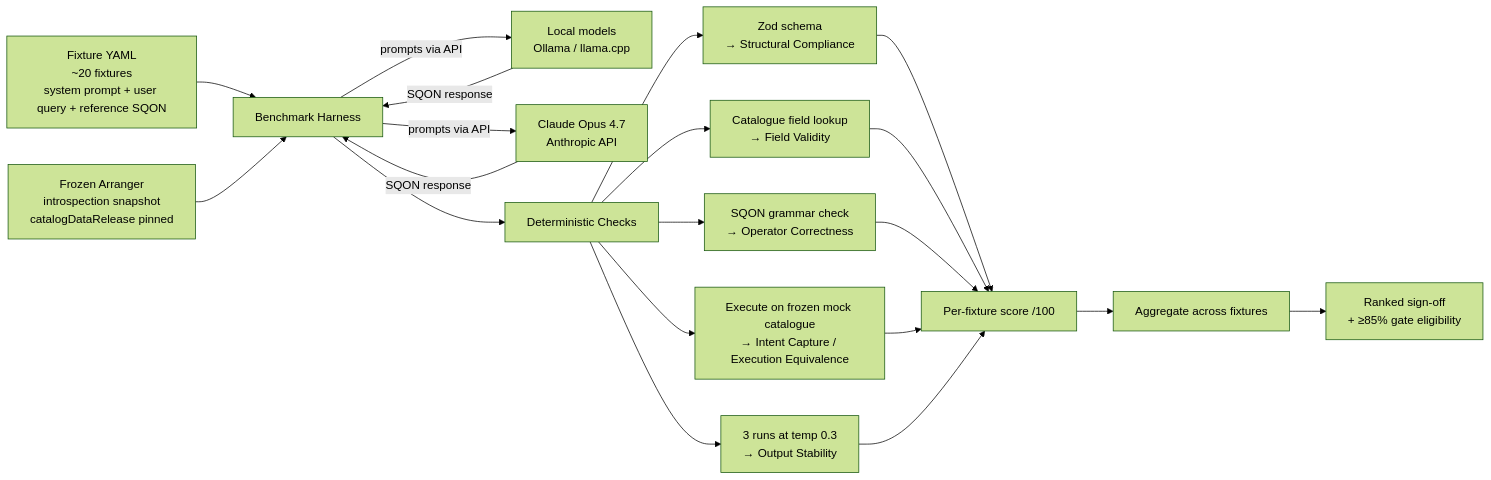
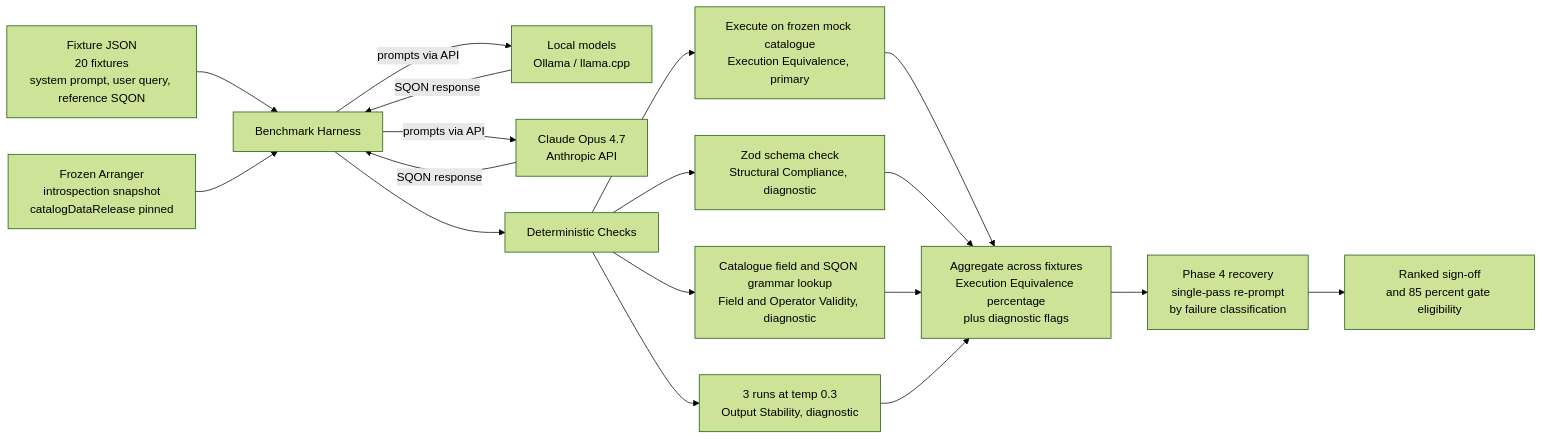
The diagram in docs/developer/04-Model-Selection.md (overture-stack/prelude), drawn with Mermaid (forest theme) before and after one commit. The commit also changed other lines of this file and 2 other files, not shown here.

Commit message:
updated eval plan + model selection TODO update regression and user testing, add introspection reference

````diff
--- a/docs/developer/04-Model-Selection.md
+++ b/docs/developer/04-Model-Selection.md
@@ -186,22 +132,20 @@
 ```mermaid
 flowchart LR
-    A[Fixture YAML<br/>~20 fixtures<br/>system prompt + user query + reference SQON] --> H[Benchmark Harness]
+    A[Fixture JSON<br/>20 fixtures<br/>system prompt, user query, reference SQON] --> H[Benchmark Harness]
     B[Frozen Arranger<br/>introspection snapshot<br/>catalogDataRelease pinned] --> H
     H -->|prompts via API| M1[Local models<br/>Ollama / llama.cpp]
     H -->|prompts via API| M2[Claude Opus 4.7<br/>Anthropic API]
     M1 -->|SQON response| H
     M2 -->|SQON response| H
     H --> C[Deterministic Checks]
-    C --> C1[Zod schema<br/>→ Structural Compliance]
-    C --> C2[Catalogue field lookup<br/>→ Field Validity]
-    C --> C3[SQON grammar check<br/>→ Operator Correctness]
-    C --> C4[Execute on frozen mock catalogue<br/>→ Intent Capture / Execution Equivalence]
-    C --> C5[3 runs at temp 0.3<br/>→ Output Stability]
-    C1 --> S[Per-fixture score /100]
-    C2 --> S
-    C3 --> S
-    C4 --> S
-    C5 --> S
-    S --> AGG[Aggregate across fixtures]
-    AGG --> R[Ranked sign-off<br/>+ ≥85% gate eligibility]
+    C --> C1[Execute on frozen mock catalogue<br/>Execution Equivalence, primary]
+    C --> C2[Zod schema check<br/>Structural Compliance, diagnostic]
+    C --> C3[Catalogue field and SQON grammar lookup<br/>Field and Operator Validity, diagnostic]
+    C --> C4[3 runs at temp 0.3<br/>Output Stability, diagnostic]
+    C1 --> AGG[Aggregate across fixtures<br/>Execution Equivalence percentage<br/>plus diagnostic flags]
+    C2 --> AGG
+    C3 --> AGG
+    C4 --> AGG
+    AGG --> P4[Phase 4 recovery<br/>single-pass re-prompt<br/>by failure classification]
+    P4 --> R[Ranked sign-off<br/>and 85 percent gate eligibility]
 ```
````
